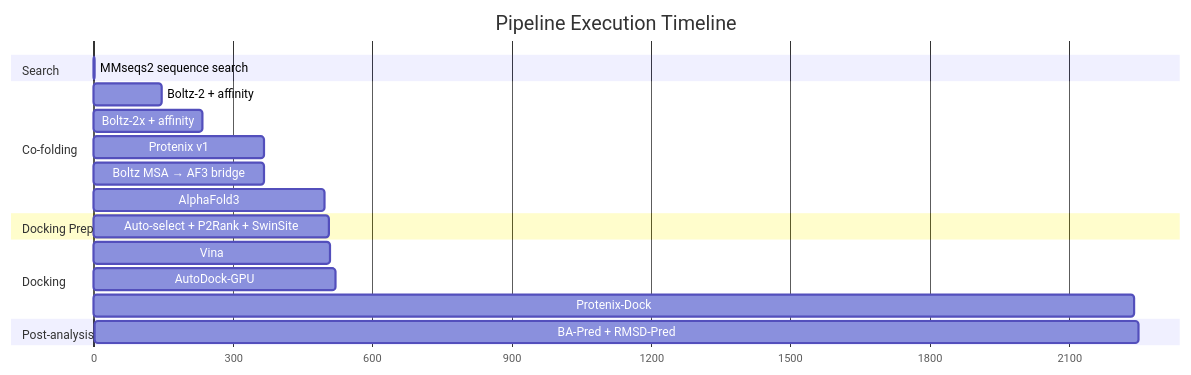
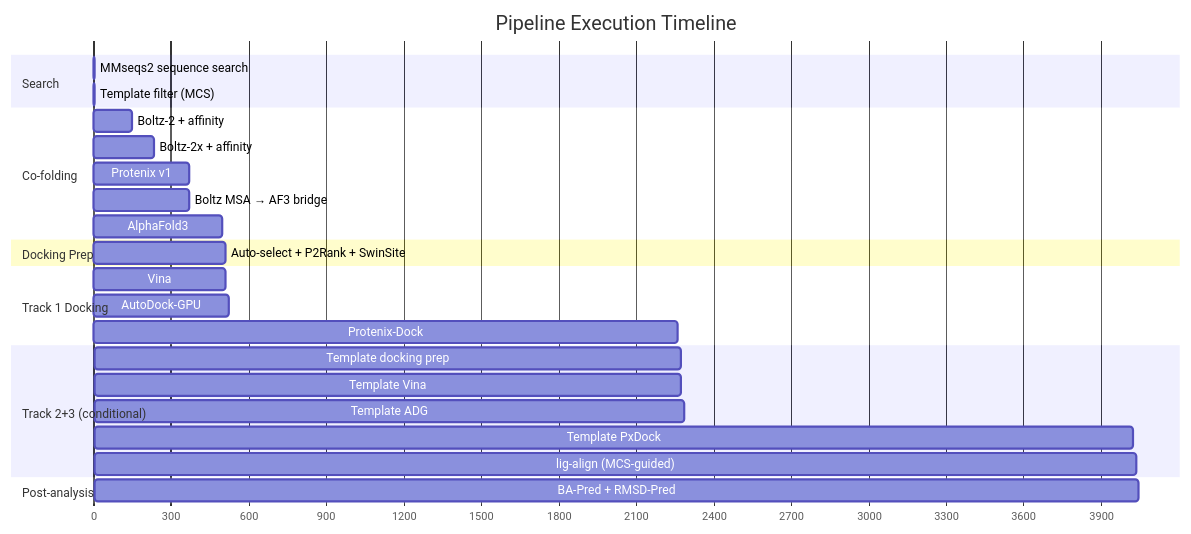
The ninth of 10 diagrams in docs/pipeline.md (eightmm/mosaic-pl), drawn with Mermaid before and after one commit. The commit also changed other lines of this file and 8 other files, not shown here.

First line of the commit message:
feat: multi-track docking pipeline (Track 1/2/3)

````diff
--- a/docs/pipeline.md
+++ b/docs/pipeline.md
@@ -205,27 +263,35 @@
 ```mermaid
 gantt
     title Pipeline Execution Timeline
     dateFormat X
     axisFormat %s
 
     section Search
     MMseqs2 sequence search     :0, 3
+    Template filter (MCS)       :3, 5
 
     section Co-folding
-    Boltz-2 + affinity          :3, 146
-    Boltz-2x + affinity         :146, 234
-    Protenix v1                 :234, 367
-    Boltz MSA → AF3 bridge      :367, 368
-    AlphaFold3                  :368, 497
+    Boltz-2 + affinity          :5, 148
+    Boltz-2x + affinity         :148, 236
+    Protenix v1                 :236, 369
+    Boltz MSA → AF3 bridge      :369, 370
+    AlphaFold3                  :370, 499
 
     section Docking Prep
-    Auto-select + P2Rank + SwinSite :497, 507
+    Auto-select + P2Rank + SwinSite :499, 509
 
-    section Docking
-    Vina                        :507, 510
-    AutoDock-GPU                :510, 520
-    Protenix-Dock               :520, 2240
+    section Track 1 Docking
+    Vina                        :509, 512
+    AutoDock-GPU                :512, 522
+    Protenix-Dock               :522, 2262
+
+    section Track 2+3 (conditional)
+    Template docking prep       :2262, 2272
+    Template Vina               :2272, 2275
+    Template ADG                :2275, 2285
+    Template PxDock             :2285, 4025
+    lig-align (MCS-guided)      :4025, 4035
 
     section Post-analysis
-    BA-Pred + RMSD-Pred         :2240, 2250
+    BA-Pred + RMSD-Pred         :4035, 4045
 ```
````
